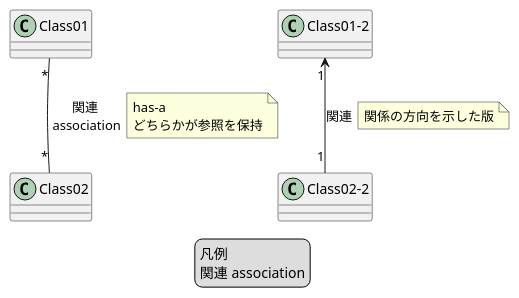
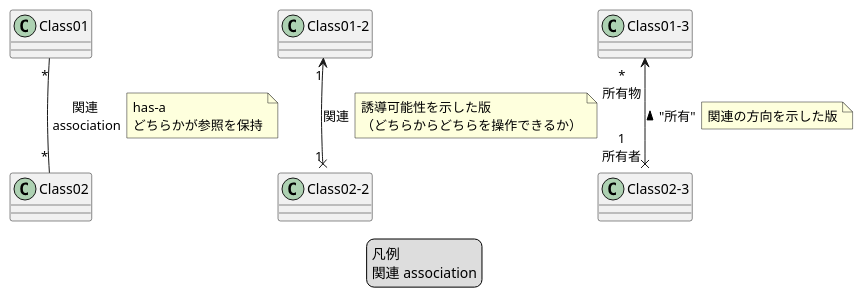
Before and after one commit to peregrin8alde/learn-ossdb-gold: the diagram in site/content/ja/docs/Appendix/uml/class/puml/legend/classe-legend-association.puml, drawn with PlantUML. The commit also changed 5 other files, not shown here.

```diff
--- a/site/content/ja/docs/Appendix/uml/class/puml/legend/classe-legend-association.puml
+++ b/site/content/ja/docs/Appendix/uml/class/puml/legend/classe-legend-association.puml
@@ -1,22 +1,32 @@
 @startuml
 /'
 "Class01" "*" -- "*" "Class02" : "関連\n association"
 '/
 legend
 凡例
 関連 association
 endlegend
 
 "Class01" "*" -- "*" "Class02" : "関連\n association"
 note right on link
 has-a
 どちらかが参照を保持
 end note
 
-"Class01-2" "1" <-- "1" "Class02-2" : "関連"
+"Class01-2" "1" <--x "1" "Class02-2" : "関連"
 note right on link
-関係の方向を示した版
+誘導可能性を示した版
+（どちらからどちらを操作できるか）
+end note
+
+/'
+plantuml では多重度とロールを分ける記法がないため、うまいこと書くしかない
+* は書く場所によってはエスケープが必要
+'/
+"Class01-3" "*\n所有物" <--x "1\n所有者" "Class02-3" : < "所有"
+note right on link
+関連の方向を示した版
 end note
 
 
 @enduml
```
